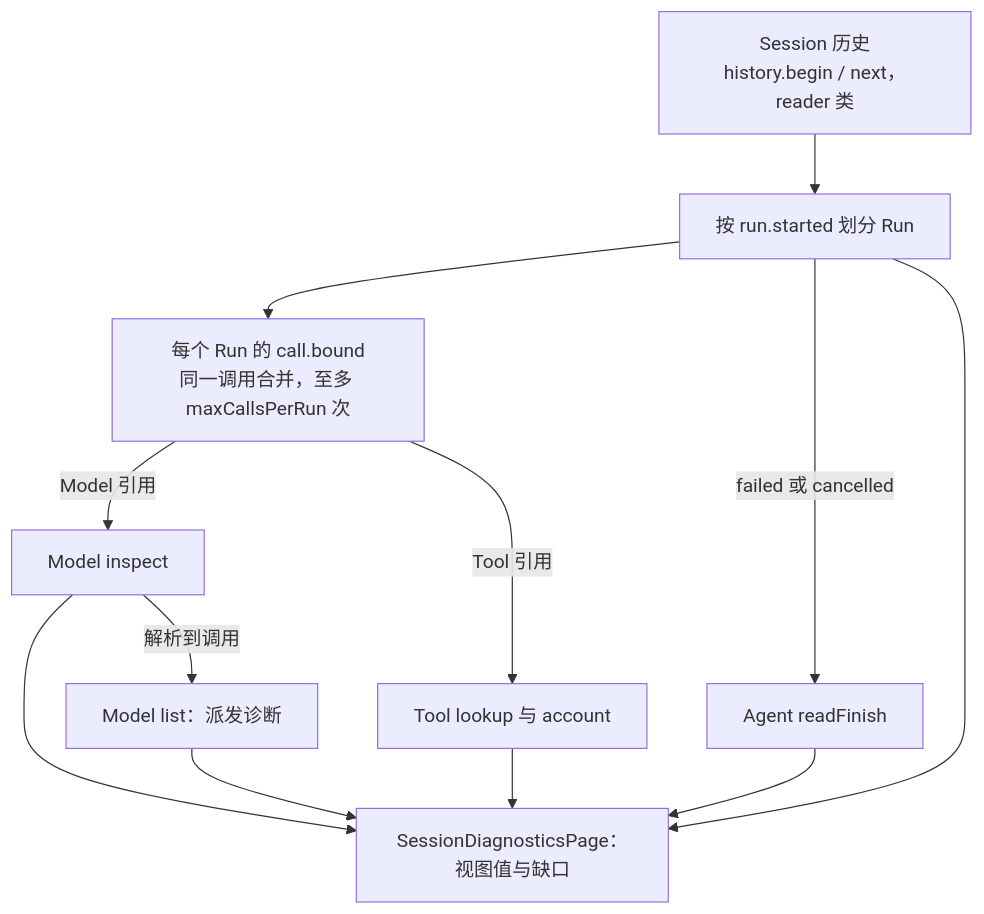
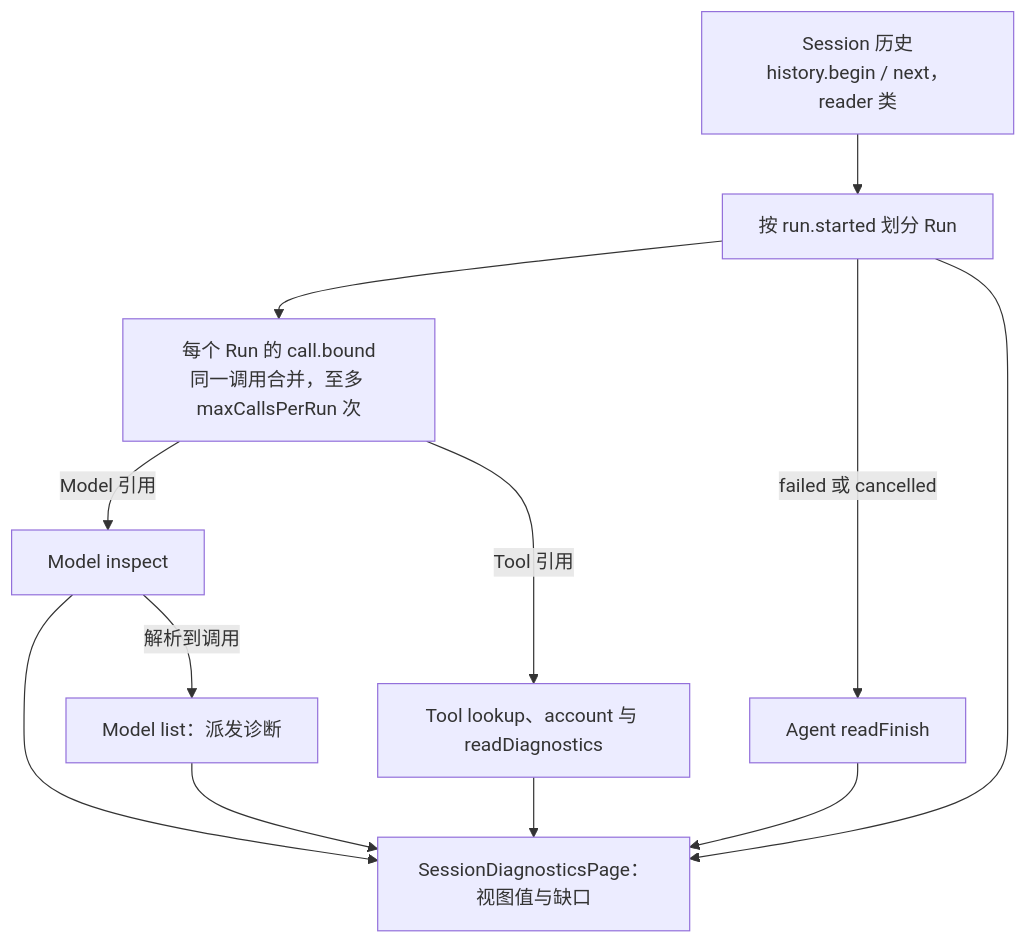
One commit to nemori-ai/omne-harness-lite changed the first of 2 diagrams in packages/access/server-entry/SPEC.md. Above: the diagram before and after it, drawn with Mermaid. The commit also changed other lines of this file and 69 other files, not shown here.

````diff
--- a/packages/access/server-entry/SPEC.md
+++ b/packages/access/server-entry/SPEC.md
@@ -156,14 +166,14 @@
 ```mermaid
 flowchart TD
   H["Session 历史<br/>history.begin / next，reader 类"] --> R["按 run.started 划分 Run"]
   R --> CB["每个 Run 的 call.bound<br/>同一调用合并，至多 maxCallsPerRun 次"]
   CB -->|Model 引用| MI["Model inspect"]
   MI -->|解析到调用| ML["Model list：派发诊断"]
-  CB -->|Tool 引用| TL["Tool lookup 与 account"]
+  CB -->|Tool 引用| TL["Tool lookup、account 与 readDiagnostics"]
   R -->|failed 或 cancelled| AF["Agent readFinish"]
   MI --> P["SessionDiagnosticsPage：视图值与缺口"]
   ML --> P
   TL --> P
   AF --> P
   R --> P
 ```
````
